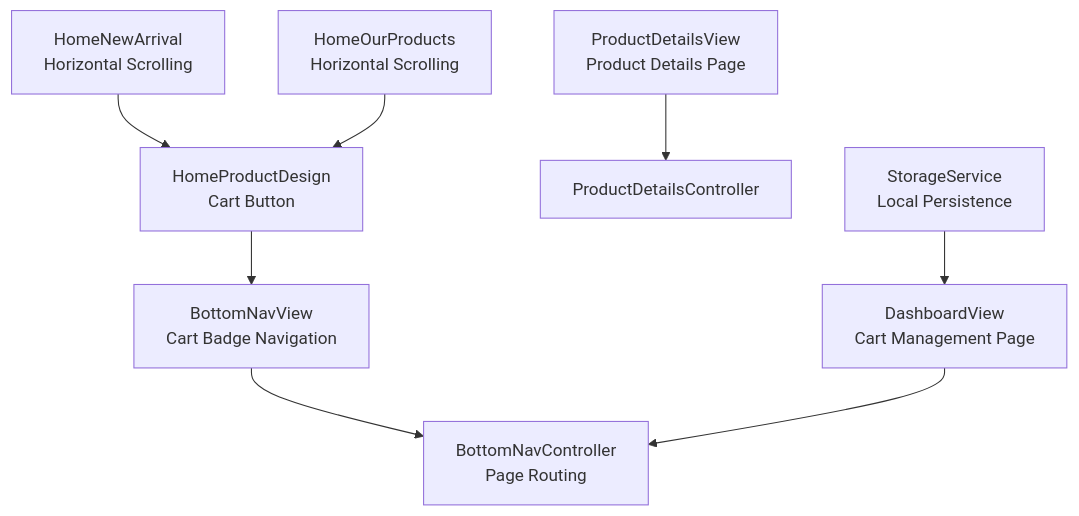
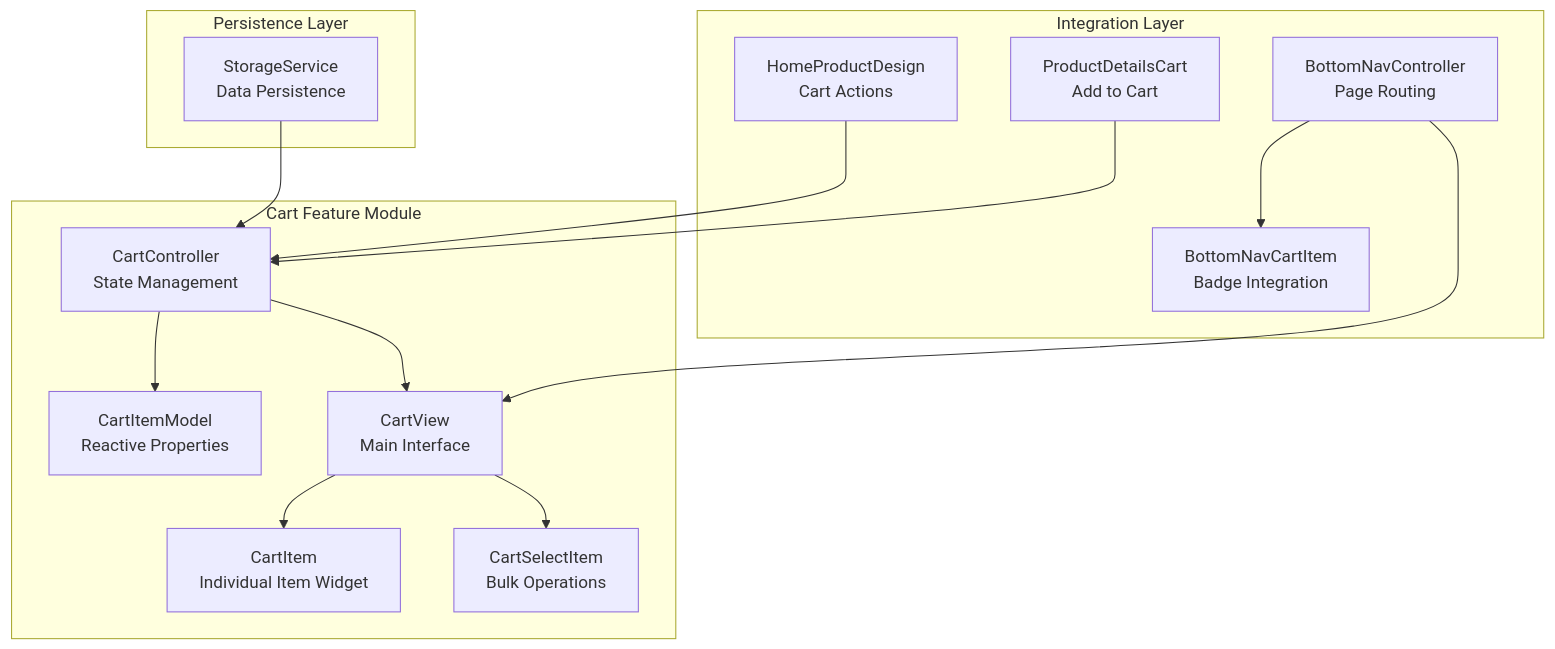
One commit to Ariful3111/FurniGo changed the first of 11 diagrams in .qoder/repowiki/en/content/Core Features/E-commerce Platform/Shopping Cart System.md. Above: the diagram before and after it, drawn with Mermaid. The commit also changed other lines of this file and 12 other files, not shown here.

````diff
--- a/.qoder/repowiki/en/content/Core Features/E-commerce Platform/Shopping Cart System.md
+++ b/.qoder/repowiki/en/content/Core Features/E-commerce Platform/Shopping Cart System.md
@@ -39,10 +49,18 @@
 ```mermaid
 graph TB
-BN["BottomNavView<br/>Cart Badge Navigation"] --> BNC["BottomNavController<br/>Page Routing"]
-HPD["HomeProductDesign<br/>Cart Button"] --> BN
-HNA["HomeNewArrival<br/>Horizontal Scrolling"] --> HPD
-HOP["HomeOurProducts<br/>Horizontal Scrolling"] --> HPD
-PDV["ProductDetailsView<br/>Product Details Page"] --> PDC["ProductDetailsController"]
-DASH["DashboardView<br/>Cart Management Page"] --> BNC
-STORAGE["StorageService<br/>Local Persistence"] --> DASH
+subgraph "Cart Feature Module"
+CC["CartController<br/>State Management"] --> CIM["CartItemModel<br/>Reactive Properties"]
+CC --> CV["CartView<br/>Main Interface"]
+CV --> CI["CartItem<br/>Individual Item Widget"]
+CV --> CSI["CartSelectItem<br/>Bulk Operations"]
+end
+subgraph "Integration Layer"
+BNC["BottomNavController<br/>Page Routing"] --> CV
+BNC --> BNCI["BottomNavCartItem<br/>Badge Integration"]
+HPD["HomeProductDesign<br/>Cart Actions"] --> CC
+PDC["ProductDetailsCart<br/>Add to Cart"] --> CC
+end
+subgraph "Persistence Layer"
+SS["StorageService<br/>Data Persistence"] --> CC
+end
 ```
````
